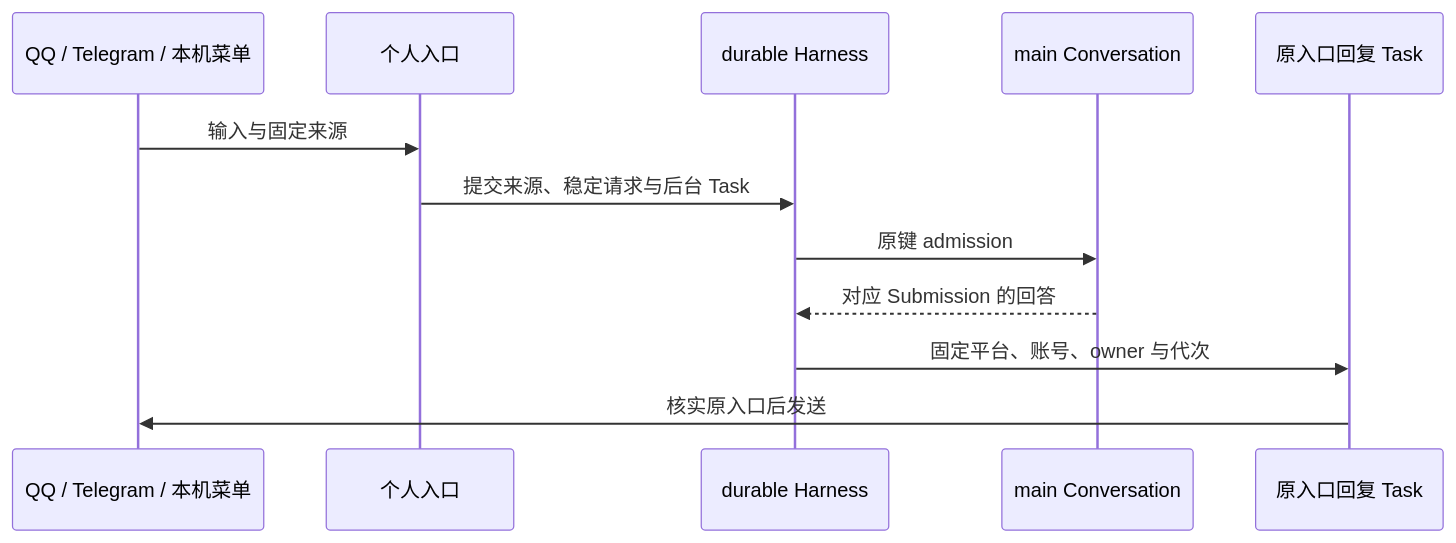
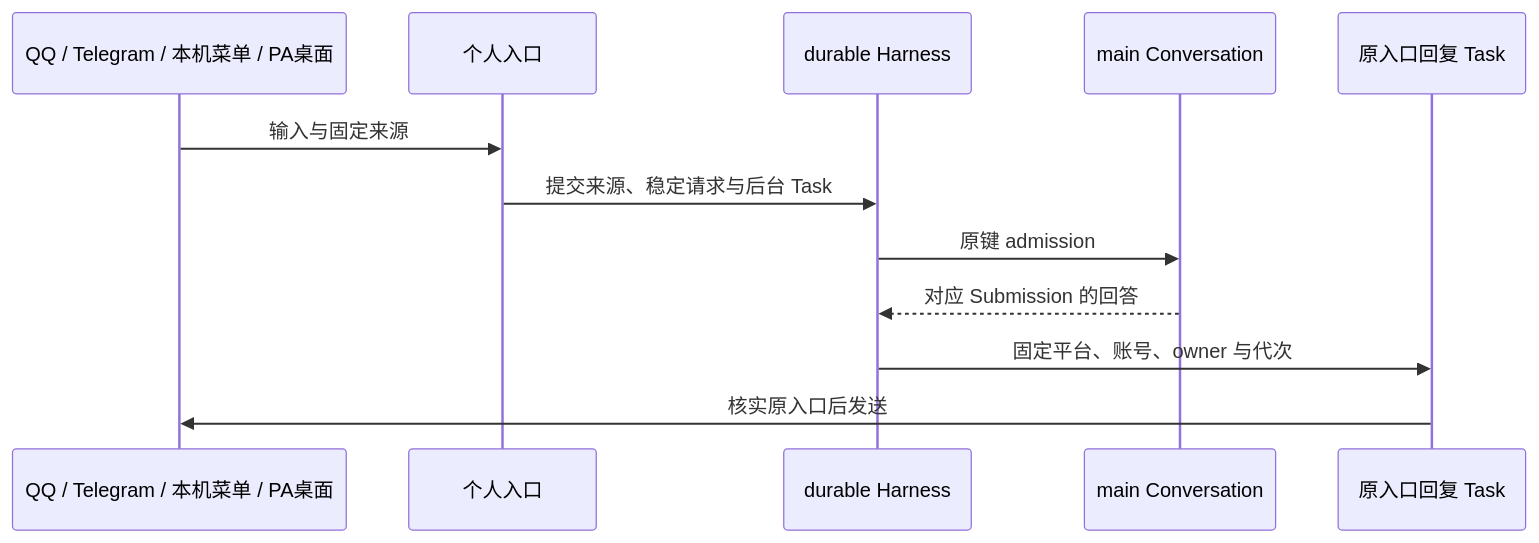
Before and after one commit to num-lab/Ruukoto: the second of 4 diagrams in docs/architecture.md, drawn with Mermaid. The commit also changed other lines of this file and 139 other files, not shown here.

````diff
--- a/docs/architecture.md
+++ b/docs/architecture.md
@@ -70,14 +70,14 @@
 ```mermaid
 sequenceDiagram
-  participant P as QQ / Telegram / 本机菜单
+  participant P as QQ / Telegram / 本机菜单 / PA桌面
   participant A as 个人入口
   participant H as durable Harness
   participant M as main Conversation
   participant R as 原入口回复 Task
   P->>A: 输入与固定来源
   A->>H: 提交来源、稳定请求与后台 Task
   H->>M: 原键 admission
   M-->>H: 对应 Submission 的回答
   H->>R: 固定平台、账号、owner 与代次
   R->>P: 核实原入口后发送
 ```
````
